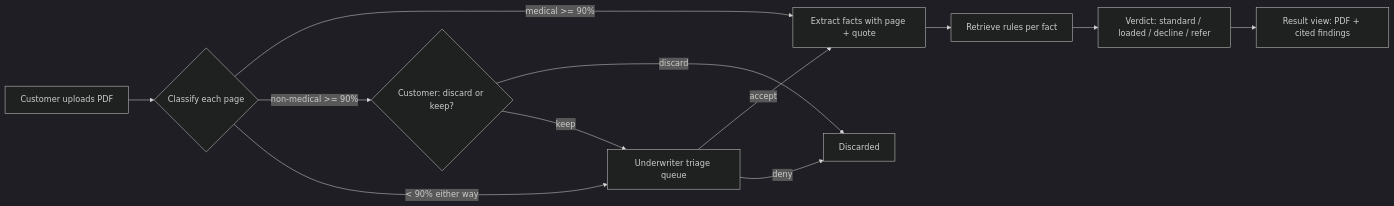
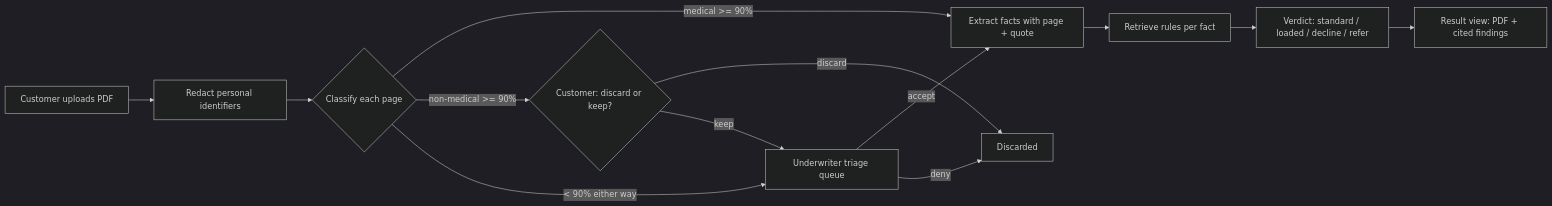
Before and after one commit to schuaschua/ai-medical-underwriting-assistant: the diagram in _bmad-output/specs/spec-underwriting-poc/flows.md, drawn with Mermaid (dark theme). The commit also changed other lines of this file and 49 other files, not shown here.

First line of the commit message:
Finalize architecture spine, add PII redaction, draw diagrams

````diff
--- a/_bmad-output/specs/spec-underwriting-poc/flows.md
+++ b/_bmad-output/specs/spec-underwriting-poc/flows.md
@@ -5,14 +5,15 @@
 ```mermaid
 flowchart LR
-  U[Customer uploads PDF] --> C{Classify each page}
+  U[Customer uploads PDF] --> P[Redact personal identifiers]
+  P --> C{Classify each page}
   C -->|medical >= 90%| E[Extract facts with page + quote]
   C -->|non-medical >= 90%| A{Customer: discard or keep?}
   A -->|discard| X[Discarded]
   A -->|keep| Q[Underwriter triage queue]
   C -->|< 90% either way| Q
   Q -->|accept| E
   Q -->|deny| X
   E --> R[Retrieve rules per fact]
   R --> V[Verdict: standard / loaded / decline / refer]
   V --> W[Result view: PDF + cited findings]
 ```
````
